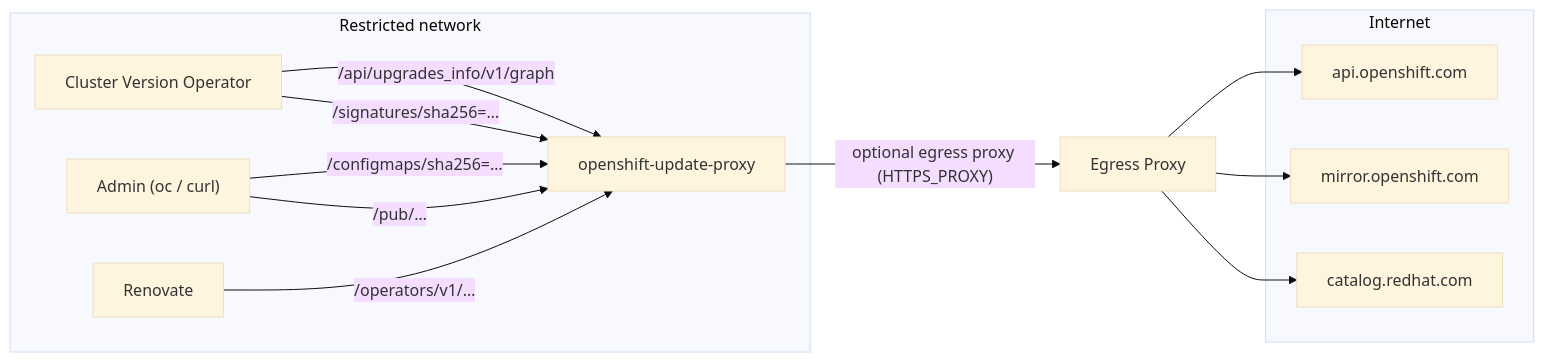
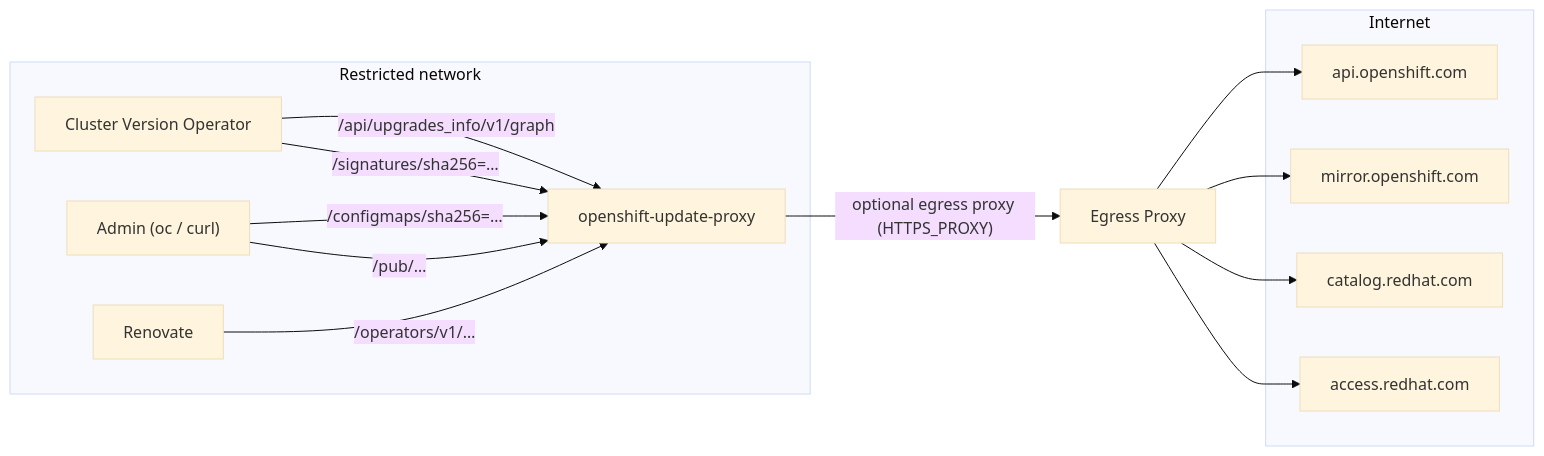
Before and after one commit to slauger/openshift-update-proxy: the diagram in README.md, drawn with Mermaid (base theme). The commit also changed other lines of this file and 7 other files, not shown here.

````diff
--- a/README.md
+++ b/README.md
@@ -34,26 +36,28 @@
 ```mermaid
 flowchart LR
     subgraph restricted["Restricted network"]
         CVO["Cluster Version Operator"]
         ADMIN["Admin (oc / curl)"]
         RENOVATE["Renovate"]
         PROXY["openshift-update-proxy"]
     end
 
     subgraph internet["Internet"]
         API["api.openshift.com"]
         MIRROR["mirror.openshift.com"]
         PYXIS["catalog.redhat.com"]
+        LIFECYCLE["access.redhat.com"]
     end
 
     CVO -- "/api/upgrades_info/v1/graph" --> PROXY
     CVO -- "/signatures/sha256=…" --> PROXY
     ADMIN -- "/configmaps/sha256=…" --> PROXY
     ADMIN -- "/pub/…" --> PROXY
     RENOVATE -- "/operators/v1/…" --> PROXY
 
     PROXY -- "optional egress proxy (HTTPS_PROXY)" --> EGRESS["Egress Proxy"]
     EGRESS --> API
     EGRESS --> MIRROR
     EGRESS --> PYXIS
+    EGRESS --> LIFECYCLE
 ```
````
